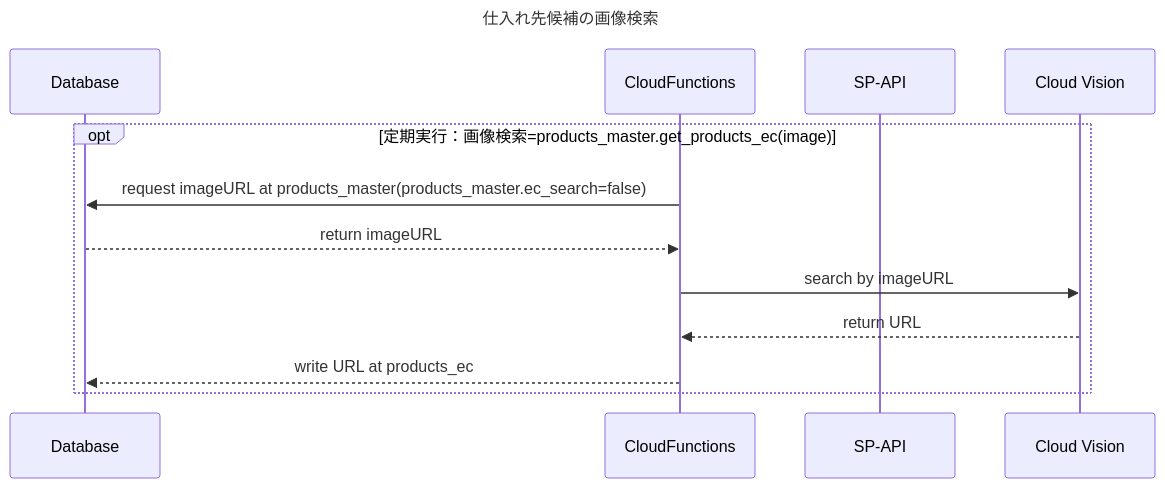
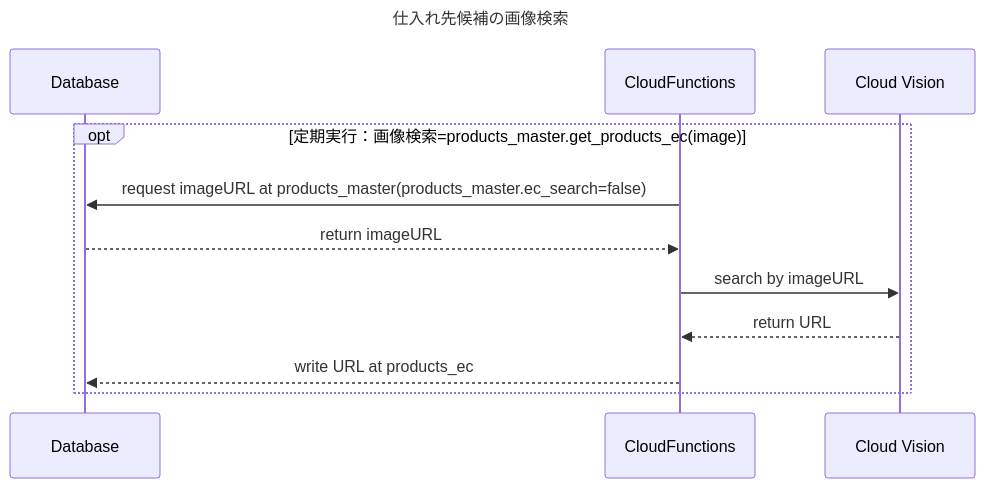
The diagram in SQ/research_SQ_image_search.md (Hanato238/ASIN_search_dev), drawn with Mermaid before and after one commit. The commit also changed 8 other files, not shown here.

````diff
--- a/SQ/research_SQ_image_search.md
+++ b/SQ/research_SQ_image_search.md
@@ -1,17 +1,16 @@
 ```mermaid
 ---
 title: '仕入れ先候補の画像検索'
 ---
 sequenceDiagram
     participant db as Database
     participant cf as CloudFunctions
-    participant spapi as SP-API
     participant cvapi as Cloud Vision
         opt 定期実行：画像検索=products_master.get_products_ec(image)
             cf ->> db : request imageURL at products_master(products_master.ec_search=false)
             db -->> cf : return imageURL
             cf ->> cvapi : search by imageURL
             cvapi -->> cf : return URL
             cf -->> db : write URL at products_ec
         end
 ```
````
